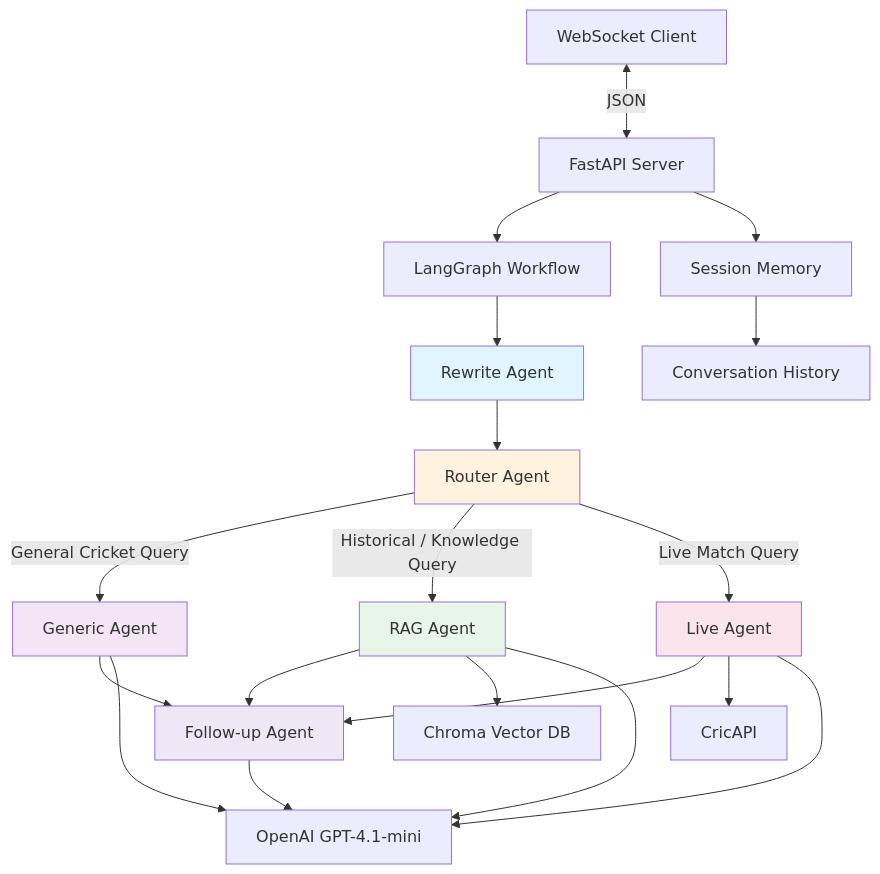
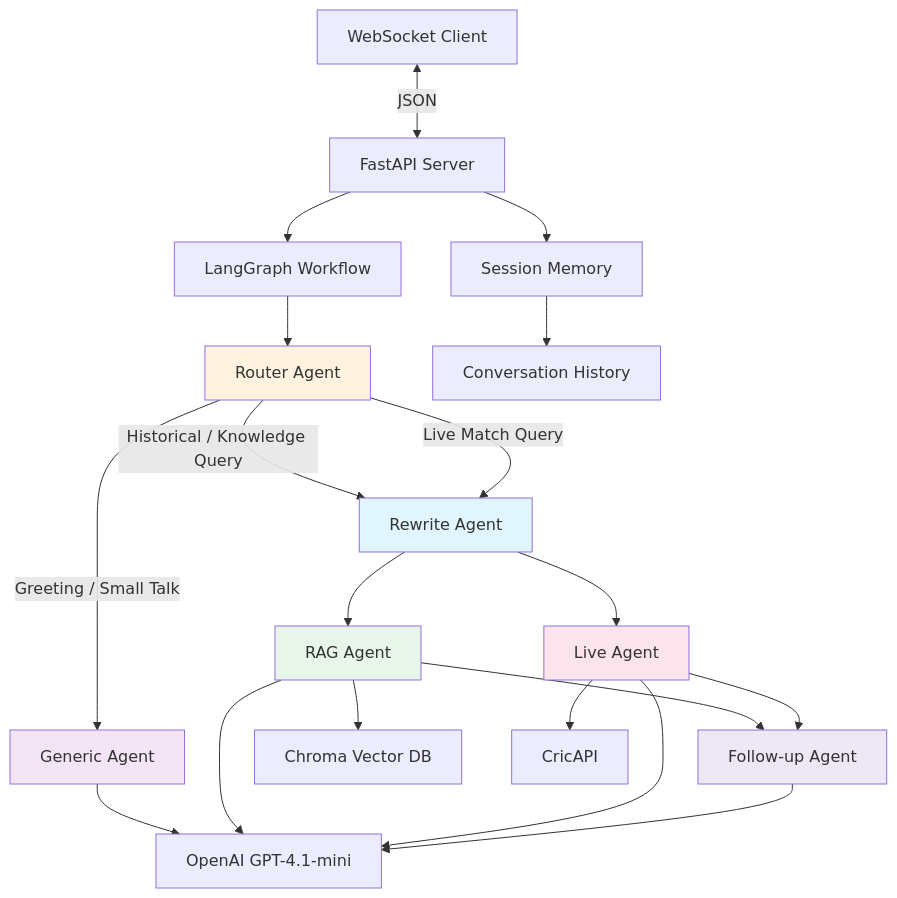
One commit to Shubhamkokitakar/multi-agentic-ai changed the diagram in README.md. Above: the diagram before and after it, drawn with Mermaid. The commit also changed other lines of this file, not shown here.

````diff
--- a/README.md
+++ b/README.md
@@ -7,36 +7,38 @@
 ```mermaid
 graph TD
 
     A["WebSocket Client"] <-->|JSON| B["FastAPI Server"]
 
     B --> C["LangGraph Workflow"]
 
-    C --> D1["Rewrite Agent"]
-    D1 --> D2["Router Agent"]
+    C --> D["Router Agent"]
 
-    D2 -->|General Cricket Query| E1["Generic Agent"]
-    D2 -->|Historical / Knowledge Query| E2["RAG Agent"]
-    D2 -->|Live Match Query| E3["Live Agent"]
+    D -->|Greeting / Small Talk| E1["Generic Agent"]
 
-    E1 --> F["Follow-up Agent"]
-    E2 --> F
+    D -->|Historical / Knowledge Query| R["Rewrite Agent"]
+    D -->|Live Match Query| R
+
+    R --> E2["RAG Agent"]
+    R --> E3["Live Agent"]
+
+    E2 --> F["Follow-up Agent"]
     E3 --> F
 
     E2 --> G1["Chroma Vector DB"]
     E3 --> G2["CricAPI"]
 
     E1 --> H["OpenAI GPT-4.1-mini"]
     E2 --> H
     E3 --> H
     F --> H
 
     B --> I["Session Memory"]
     I --> I1["Conversation History"]
 
-    style D1 fill:#e1f5fe
-    style D2 fill:#fff3e0
+    style D fill:#fff3e0
+    style R fill:#e1f5fe
     style E1 fill:#f3e5f5
     style E2 fill:#e8f5e9
     style E3 fill:#fce4ec
     style F fill:#ede7f6
 ```
````
